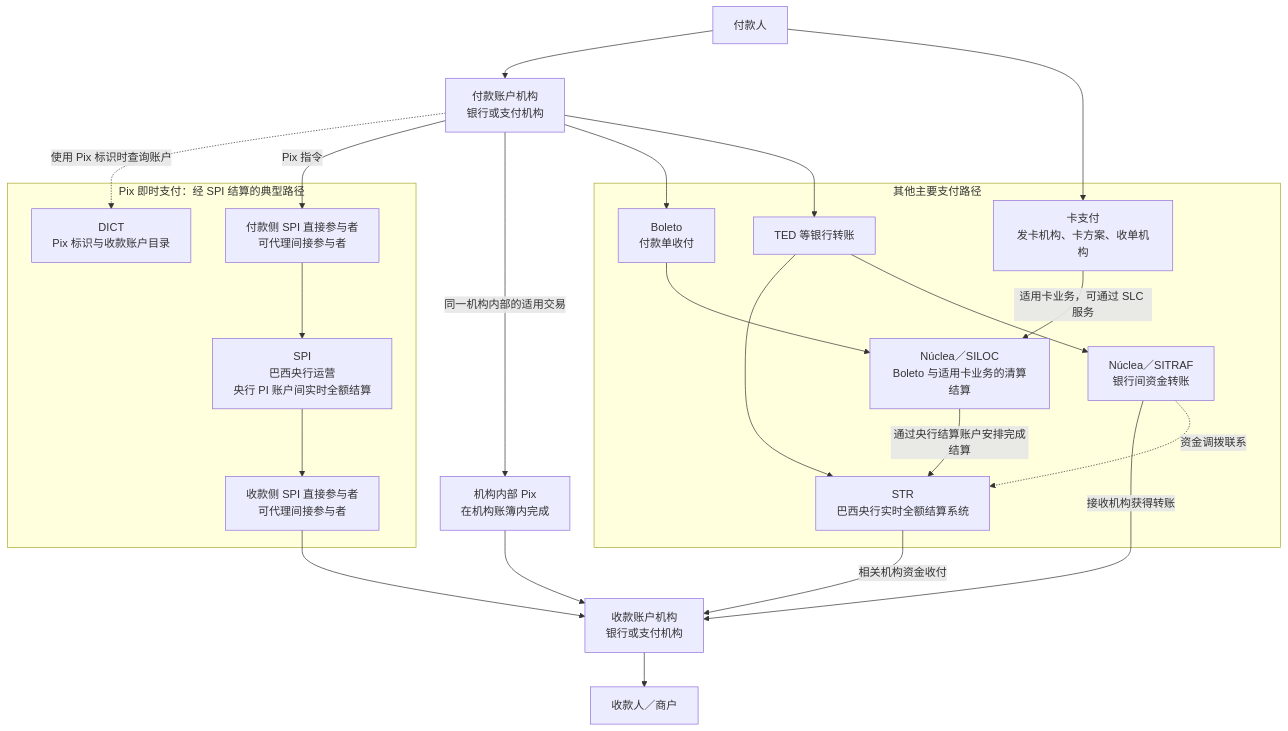
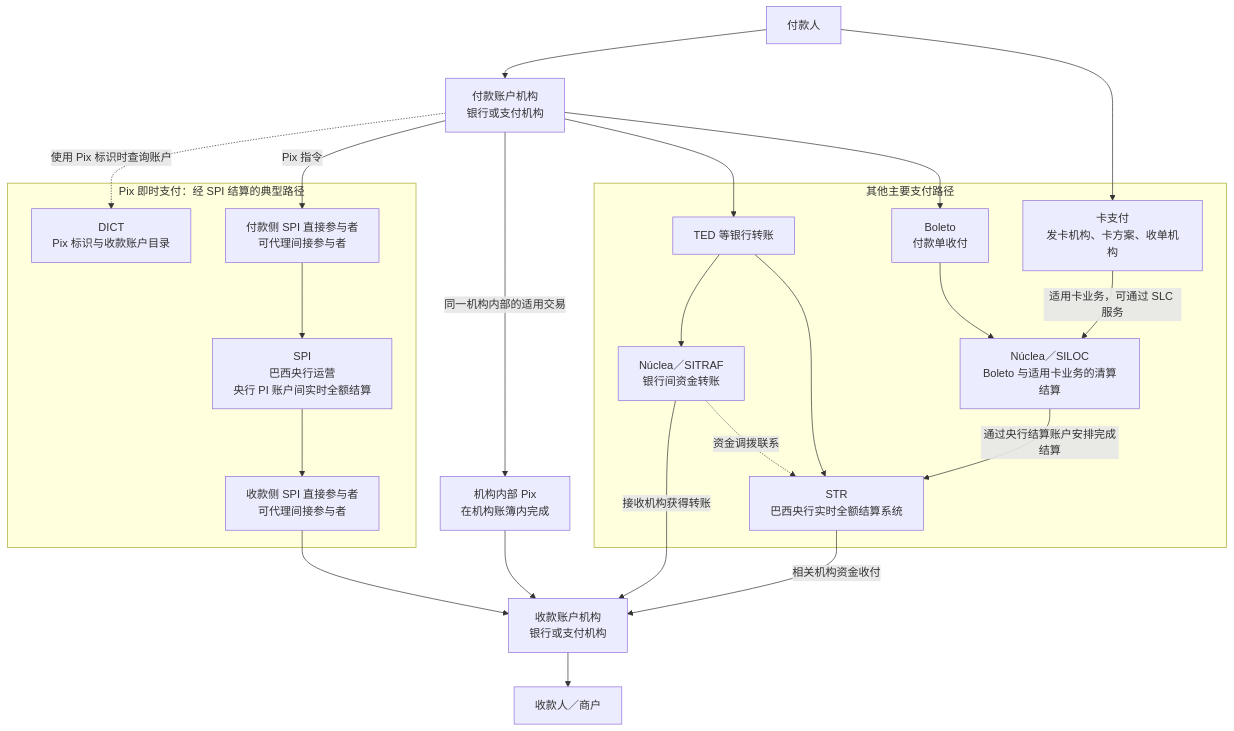
Diagram 12 of 29 in _posts/2026-09-05-交易模型.md (WCY-dt/blog), drawn with Mermaid before and after one commit. The commit also changed other lines of this file, not shown here.

````diff
--- a/_posts/2026-09-05-交易模型.md
+++ b/_posts/2026-09-05-交易模型.md
@@ -976,47 +1081,47 @@
 ```mermaid
 flowchart TD
     P["付款人"]
     R["收款人／商户"]
     A["付款账户机构<br/>银行或支付机构"]
     B["收款账户机构<br/>银行或支付机构"]
 
     P --> A
     B --> R
 
     subgraph PIX["Pix 即时支付：经 SPI 结算的典型路径"]
         DICT["DICT<br/>Pix 标识与收款账户目录"]
         DA["付款侧 SPI 直接参与者<br/>可代理间接参与者"]
         SPI["SPI<br/>巴西央行运营<br/>央行 PI 账户间实时全额结算"]
         DB["收款侧 SPI 直接参与者<br/>可代理间接参与者"]
     end
 
     A -. "使用 Pix 标识时查询账户" .-> DICT
     A -->|"Pix 指令"| DA
     DA --> SPI --> DB
     DB --> B
 
     ONUS["机构内部 Pix<br/>在机构账簿内完成"]
     A -->|"同一机构内部的适用交易"| ONUS
     ONUS --> B
 
     subgraph OTHER["其他主要支付路径"]
+        TED["TED 等银行转账"]
+        BOLETO["Boleto<br/>付款单收付"]
         CARD["卡支付<br/>发卡机构、卡方案、收单机构"]
-        BOLETO["Boleto<br/>付款单收付"]
         SILOC["Núclea／SILOC<br/>Boleto 与适用卡业务的清算结算"]
-        TED["TED 等银行转账"]
         SITRAF["Núclea／SITRAF<br/>银行间资金转账"]
         STR["STR<br/>巴西央行实时全额结算系统"]
     end
 
     P --> CARD
+    A --> TED
     A --> BOLETO
     CARD -->|"适用卡业务，可通过 SLC 服务"| SILOC
     BOLETO --> SILOC
     SILOC -->|"通过央行结算账户安排完成结算"| STR
-    A --> TED
+    TED --> SITRAF
     TED --> STR
-    TED --> SITRAF
     SITRAF -->|"接收机构获得转账"| B
     SITRAF -. "资金调拨联系" .-> STR
     STR -->|"相关机构资金收付"| B
 ```
````
